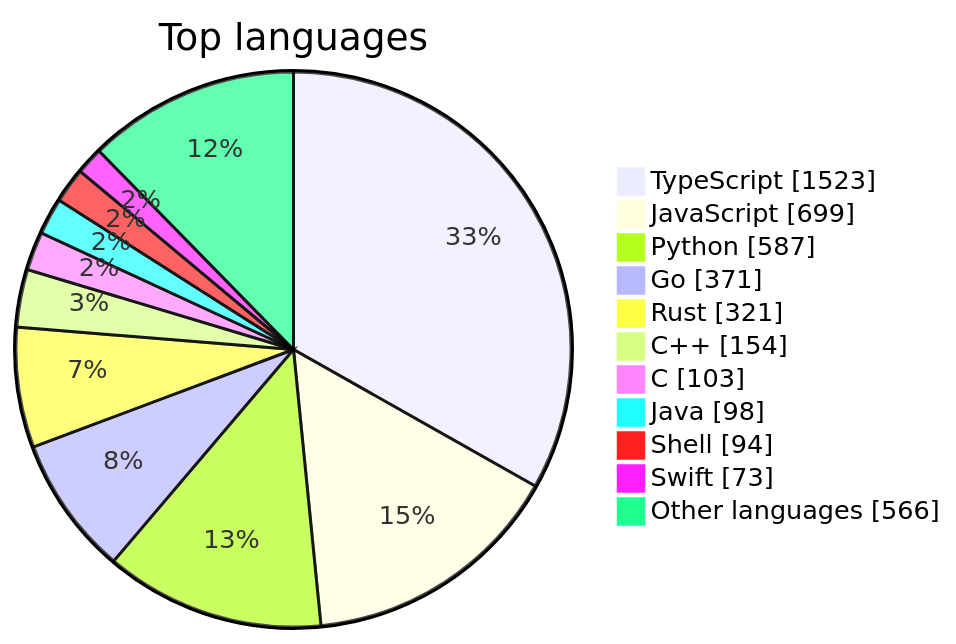
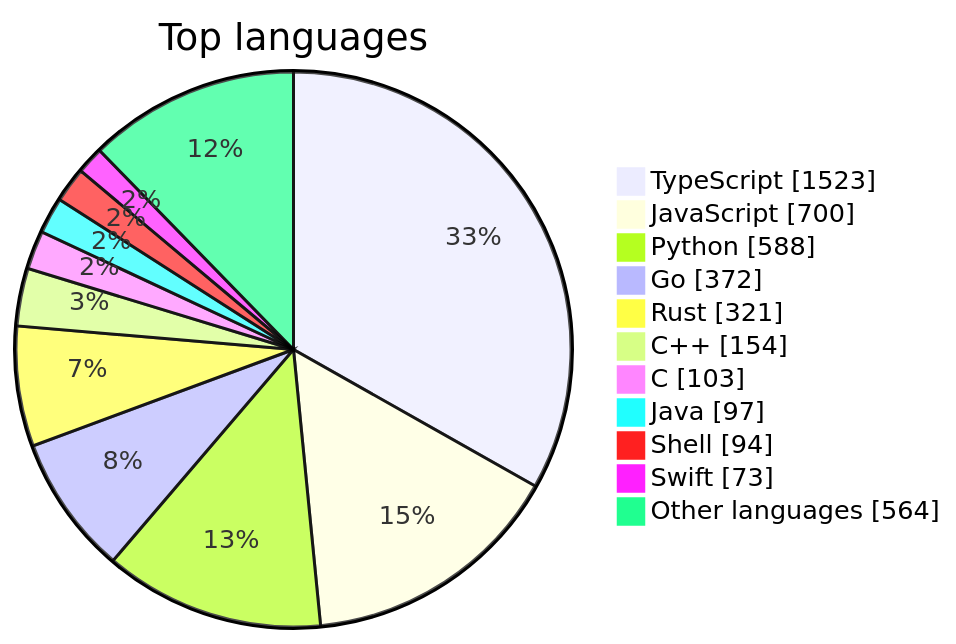
One commit to maxgfr/awesome-stars changed the first of 2 diagrams in README.md. Above: the diagram before and after it, drawn with Mermaid. The commit also changed other lines of this file and 27 other files, not shown here.

````diff
--- a/README.md
+++ b/README.md
@@ -39,14 +39,14 @@
 ```mermaid
 pie showData title Top languages
     "TypeScript" : 1523
-    "JavaScript" : 699
-    "Python" : 587
-    "Go" : 371
+    "JavaScript" : 700
+    "Python" : 588
+    "Go" : 372
     "Rust" : 321
     "C++" : 154
     "C" : 103
-    "Java" : 98
+    "Java" : 97
     "Shell" : 94
     "Swift" : 73
-    "Other languages" : 566
+    "Other languages" : 564
 ```
````
